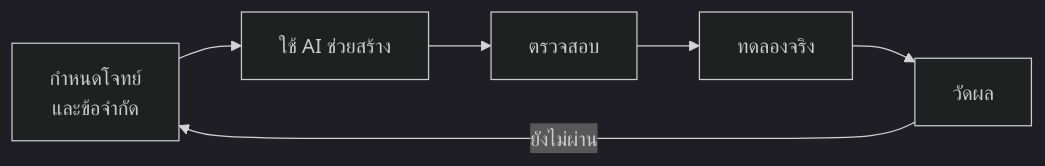
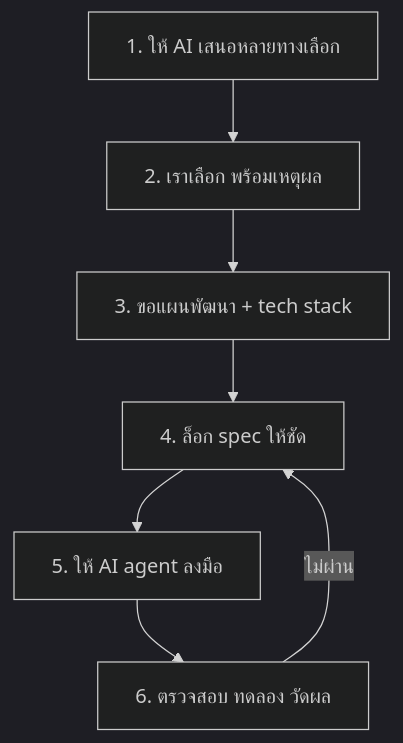
Before and after one commit to Taopoon/kmutt-nd69-learning-notes: the sixth of 6 diagrams in nd1/01-edge-ai-iot-basics.md, drawn with Mermaid (dark theme). The commit also changed other lines of this file, not shown here.

````diff
--- a/nd1/01-edge-ai-iot-basics.md
+++ b/nd1/01-edge-ai-iot-basics.md
@@ -56,8 +205,9 @@
 ```mermaid
-flowchart LR
-    A[กำหนดโจทย์<br/>และข้อจำกัด] --> B[ใช้ AI ช่วยสร้าง]
-    B --> C[ตรวจสอบ]
-    C --> D[ทดลองจริง]
-    D --> E[วัดผล]
-    E -->|ยังไม่ผ่าน| A
+flowchart TB
+    A[1. ให้ AI เสนอหลายทางเลือก] --> B[2. เราเลือก พร้อมเหตุผล]
+    B --> C[3. ขอแผนพัฒนา + tech stack]
+    C --> D[4. ล็อก spec ให้ชัด]
+    D --> E[5. ให้ AI agent ลงมือ]
+    E --> F[6. ตรวจสอบ ทดลอง วัดผล]
+    F -->|ไม่ผ่าน| D
 ```
````
